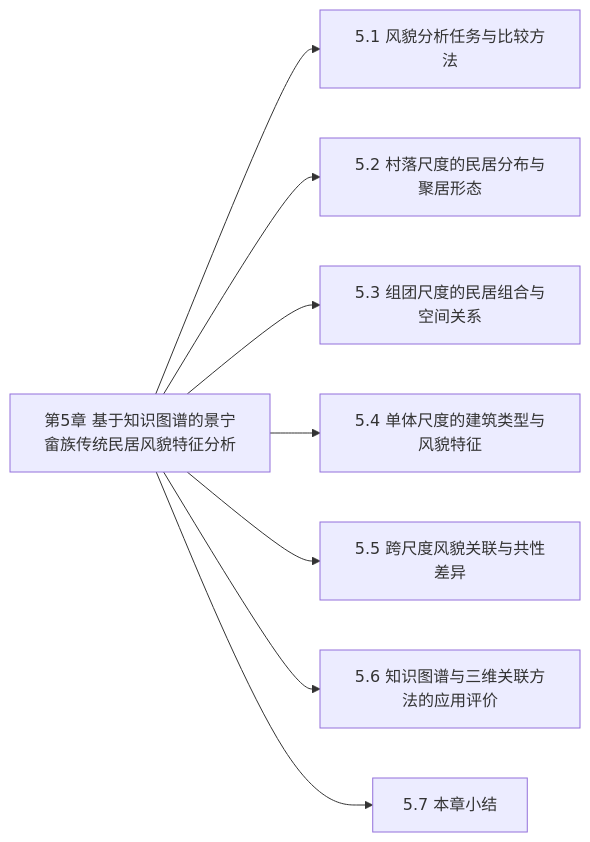
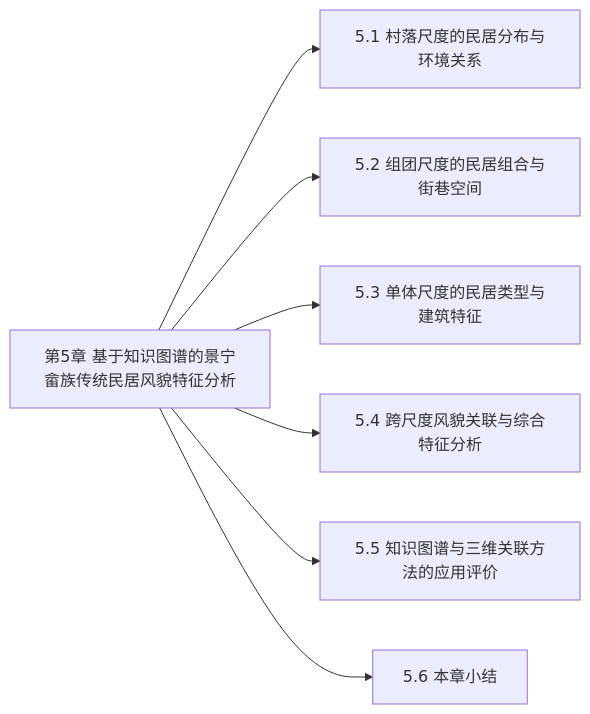
Before and after one commit to WYLINX601/Linx_paper: the diagram in 论文章节/章节导航/05-风貌分析.md, drawn with Mermaid. The commit also changed other lines of this file and 205 other files, not shown here.

Commit message:
Update research outline, framework diagrams and fieldwork materials

````diff
--- a/论文章节/章节导航/05-风貌分析.md
+++ b/论文章节/章节导航/05-风貌分析.md
@@ -91,18 +84,16 @@
 ```mermaid
 flowchart LR
   chapter-5["第5章 基于知识图谱的景宁畲族传统民居风貌特征分析"]
-  section-5-1["5.1 风貌分析任务与比较方法"]
-  chapter-5 --> section-5-1
-  section-5-2["5.2 村落尺度的民居分布与聚居形态"]
+  section-5-2["5.1 村落尺度的民居分布与环境关系"]
   chapter-5 --> section-5-2
-  section-5-3["5.3 组团尺度的民居组合与空间关系"]
+  section-5-3["5.2 组团尺度的民居组合与街巷空间"]
   chapter-5 --> section-5-3
-  section-5-4["5.4 单体尺度的建筑类型与风貌特征"]
+  section-5-4["5.3 单体尺度的民居类型与建筑特征"]
   chapter-5 --> section-5-4
-  section-5-5["5.5 跨尺度风貌关联与共性差异"]
+  section-5-5["5.4 跨尺度风貌关联与综合特征分析"]
   chapter-5 --> section-5-5
-  section-5-6["5.6 知识图谱与三维关联方法的应用评价"]
+  section-5-6["5.5 知识图谱与三维关联方法的应用评价"]
   chapter-5 --> section-5-6
-  section-5-7["5.7 本章小结"]
+  section-5-7["5.6 本章小结"]
   chapter-5 --> section-5-7
 ```
````
